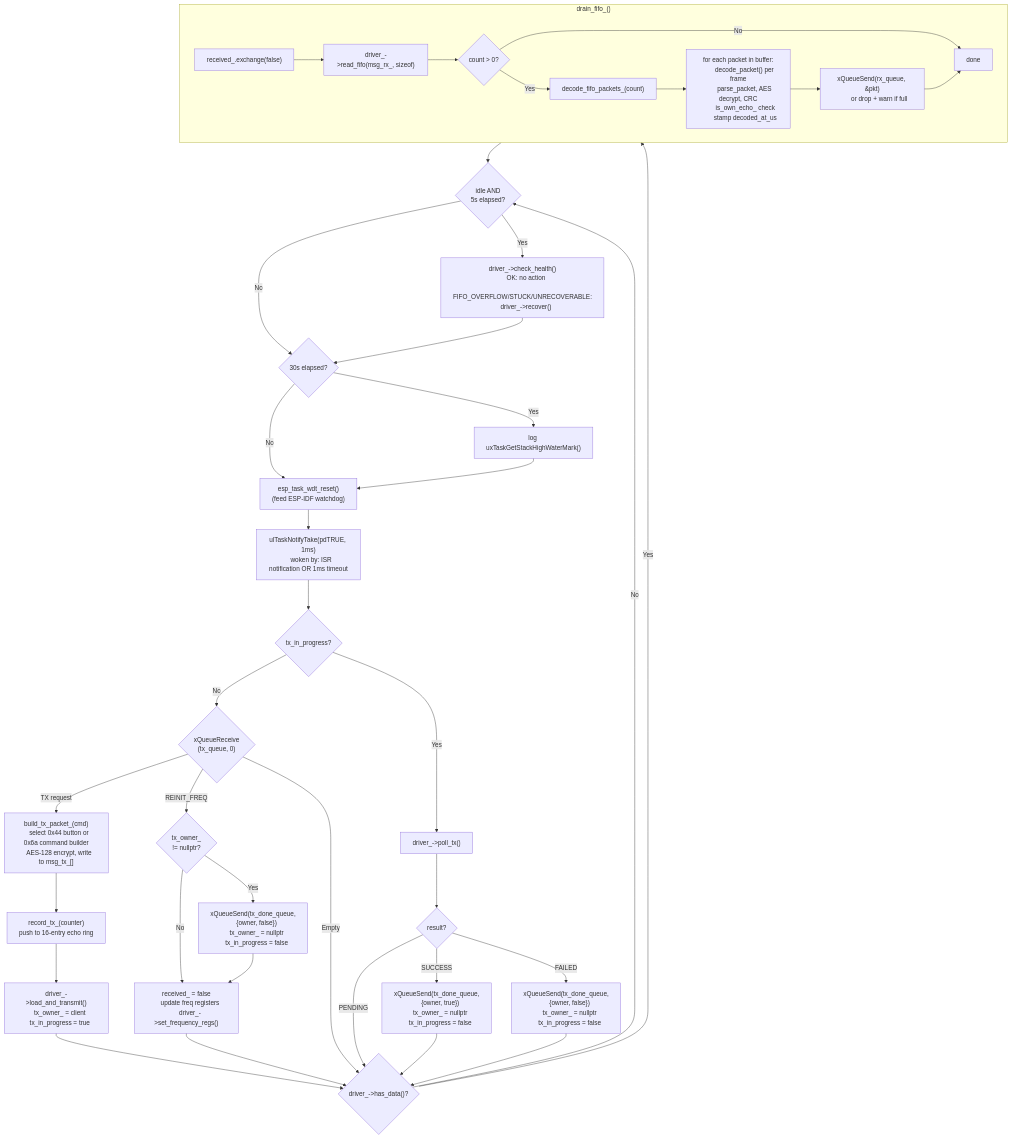
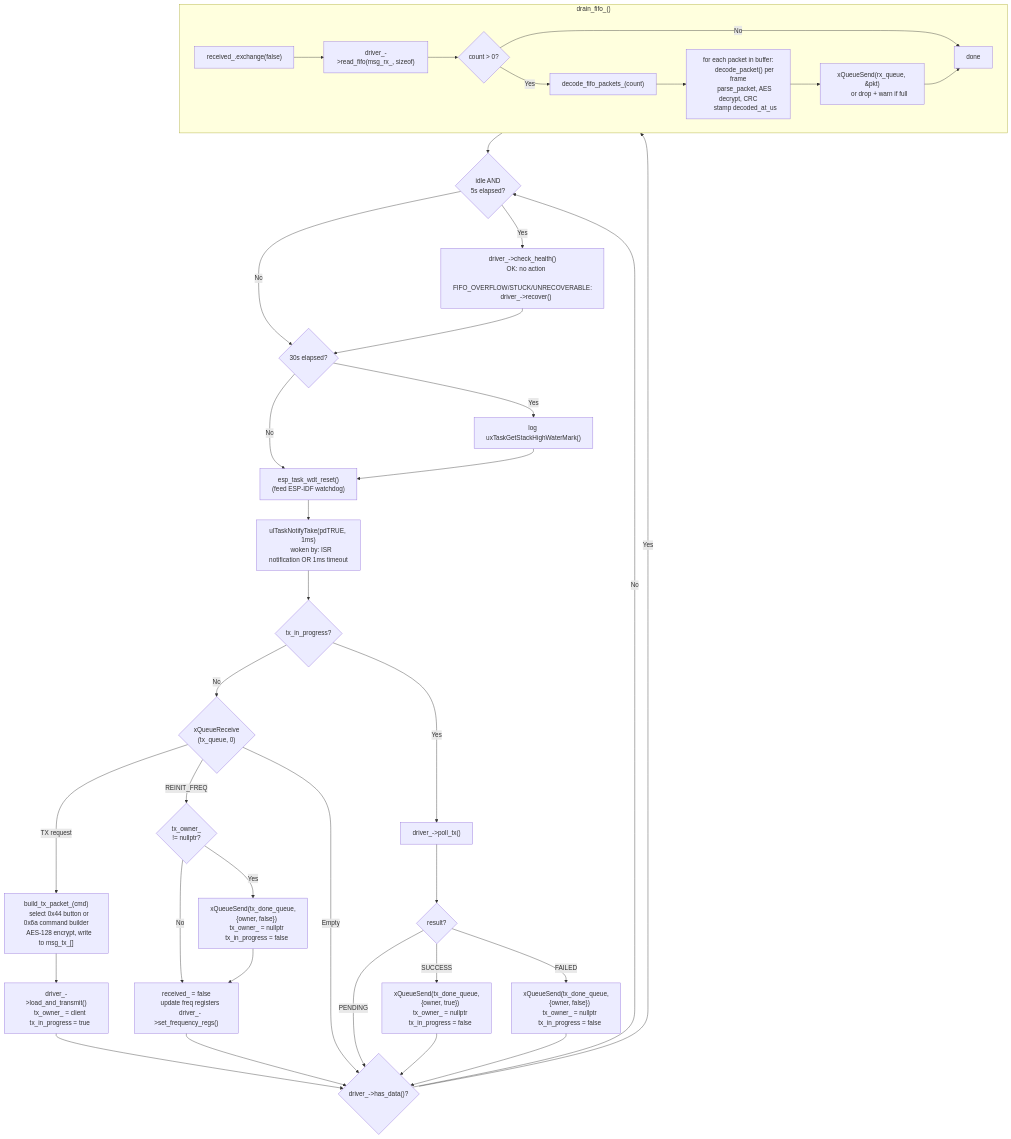
The second of 7 diagrams in docs/flows/STATE_MACHINES.md (manuschillerdev/esphome-elero), drawn with Mermaid before and after one commit. The commit also changed other lines of this file and 10 other files, not shown here.

````diff
--- a/docs/flows/STATE_MACHINES.md
+++ b/docs/flows/STATE_MACHINES.md
@@ -132,82 +132,79 @@
 ```mermaid
 flowchart TD
     SLEEP["ulTaskNotifyTake(pdTRUE, 1ms)
     woken by: ISR notification OR 1ms timeout"] --> TX_CHECK{tx_in_progress?}
 
     TX_CHECK -->|No| DEQUEUE{"xQueueReceive
     (tx_queue, 0)"}
     TX_CHECK -->|Yes| POLL_TX
 
     DEQUEUE -->|TX request| BUILD["build_tx_packet_(cmd)
     select 0x44 button or 0x6a command builder
     AES-128 encrypt, write to msg_tx_[]"]
-    BUILD --> RECORD["record_tx_(counter)
-    push to 16-entry echo ring"]
-    RECORD --> START["driver_->load_and_transmit()
+    BUILD --> START["driver_->load_and_transmit()
     tx_owner_ = client
     tx_in_progress = true"]
     START --> RX_CHECK
 
     DEQUEUE -->|REINIT_FREQ| ABORT_PENDING{"tx_owner_
     != nullptr?"}
     ABORT_PENDING -->|Yes| ABORT_NOTIFY["xQueueSend(tx_done_queue,
     {owner, false})
     tx_owner_ = nullptr
     tx_in_progress = false"]
     ABORT_PENDING -->|No| REINIT_DO
     ABORT_NOTIFY --> REINIT_DO["received_ = false
     update freq registers
     driver_->set_frequency_regs()"]
     REINIT_DO --> RX_CHECK
 
     DEQUEUE -->|Empty| RX_CHECK
 
     POLL_TX["driver_->poll_tx()"] --> TX_RESULT{result?}
     TX_RESULT -->|PENDING| RX_CHECK
     TX_RESULT -->|SUCCESS| TX_DONE_OK["xQueueSend(tx_done_queue,
     {owner, true})
     tx_owner_ = nullptr
     tx_in_progress = false"]
     TX_RESULT -->|FAILED| TX_DONE_FAIL["xQueueSend(tx_done_queue,
     {owner, false})
     tx_owner_ = nullptr
     tx_in_progress = false"]
     TX_DONE_OK --> RX_CHECK
     TX_DONE_FAIL --> RX_CHECK
 
     RX_CHECK{"driver_->has_data()?"} -->|Yes| DRAIN
     RX_CHECK -->|No| HEALTH
 
     subgraph DRAIN ["drain_fifo_()"]
         D1["received_.exchange(false)"]
         D1 --> D2["driver_->read_fifo(msg_rx_, sizeof)"]
         D2 --> D3{count > 0?}
         D3 -->|No| D_END[done]
         D3 -->|Yes| D4["decode_fifo_packets_(count)"]
         D4 --> D5["for each packet in buffer:
         decode_packet() per frame
         parse_packet, AES decrypt, CRC
-        is_own_echo_ check
         stamp decoded_at_us"]
         D5 --> D6["xQueueSend(rx_queue, &pkt)
         or drop + warn if full"]
         D6 --> D_END
     end
 
     DRAIN --> HEALTH
 
     HEALTH{"idle AND
     5s elapsed?"} -->|Yes| HCHECK["driver_->check_health()
     OK: no action
     FIFO_OVERFLOW/STUCK/UNRECOVERABLE:
     driver_->recover()"]
     HEALTH -->|No| STACK_CHECK
     HCHECK --> STACK_CHECK
 
     STACK_CHECK{"30s elapsed?"} -->|Yes| HWM["log uxTaskGetStackHighWaterMark()"]
     STACK_CHECK -->|No| WDT
     HWM --> WDT
 
     WDT["esp_task_wdt_reset()
     (feed ESP-IDF watchdog)"] --> SLEEP
 ```
````
